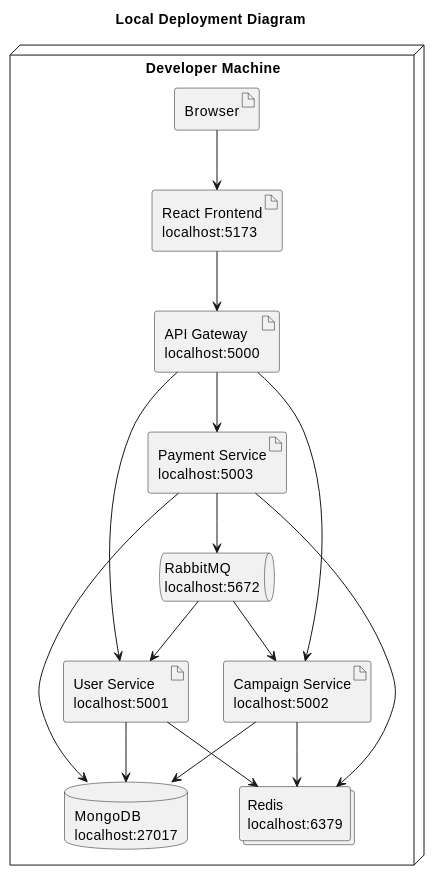
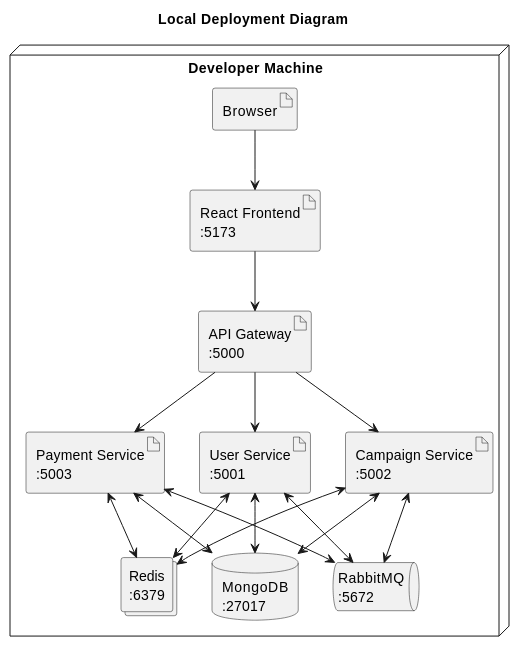
The sixth of 6 diagrams in README.md (bhattacharyaArnab03/CROWD-FUNDING-APPLICATION), drawn with PlantUML before and after one commit. The commit also changed other lines of this file and 11 other files, not shown here.

````diff
--- a/README.md
+++ b/README.md
@@ -763,33 +884,33 @@
 ```plantuml
 @startuml
 title Local Deployment Diagram
 
 node "Developer Machine" {
   artifact "Browser" as Browser
-  artifact "React Frontend\nlocalhost:5173" as FE
-  artifact "API Gateway\nlocalhost:5000" as GW
-  artifact "User Service\nlocalhost:5001" as US
-  artifact "Campaign Service\nlocalhost:5002" as CS
-  artifact "Payment Service\nlocalhost:5003" as PS
-  database "MongoDB\nlocalhost:27017" as MDB
-  queue "RabbitMQ\nlocalhost:5672" as RB
-  collections "Redis\nlocalhost:6379" as RD
+  artifact "React Frontend\n:5173" as FE
+  artifact "API Gateway\n:5000" as GW
+  artifact "User Service\n:5001" as US
+  artifact "Campaign Service\n:5002" as CS
+  artifact "Payment Service\n:5003" as PS
+  database "MongoDB\n:27017" as MDB
+  queue "RabbitMQ\n:5672" as MQ
+  collections "Redis\n:6379" as RD
 }
 
 Browser --> FE
 FE --> GW
 GW --> US
 GW --> CS
 GW --> PS
-US --> MDB
-CS --> MDB
-PS --> MDB
-US --> RD
-CS --> RD
-PS --> RD
-PS --> RB
-RB --> CS
-RB --> US
+US <--> MDB
+CS <--> MDB
+PS <--> MDB
+US <--> RD
+CS <--> RD
+PS <--> RD
+US <--> MQ
+CS <--> MQ
+PS <--> MQ
 
 @enduml
 ```
````
